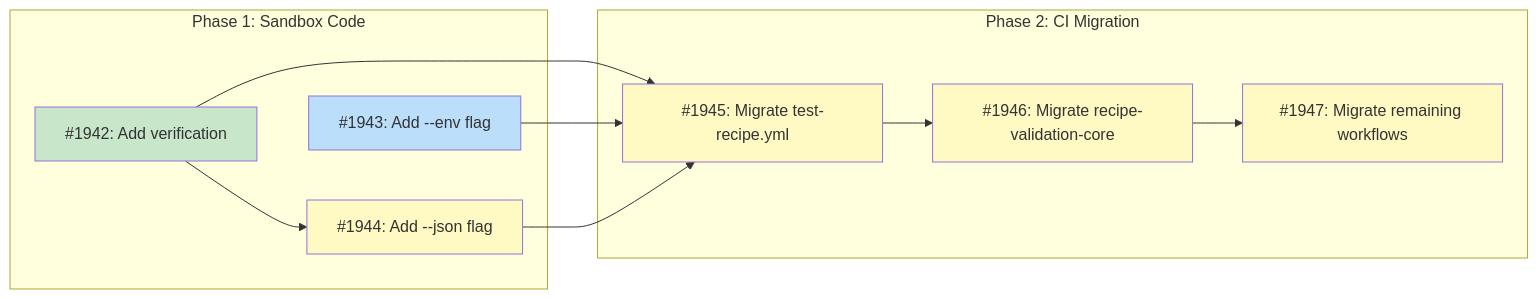
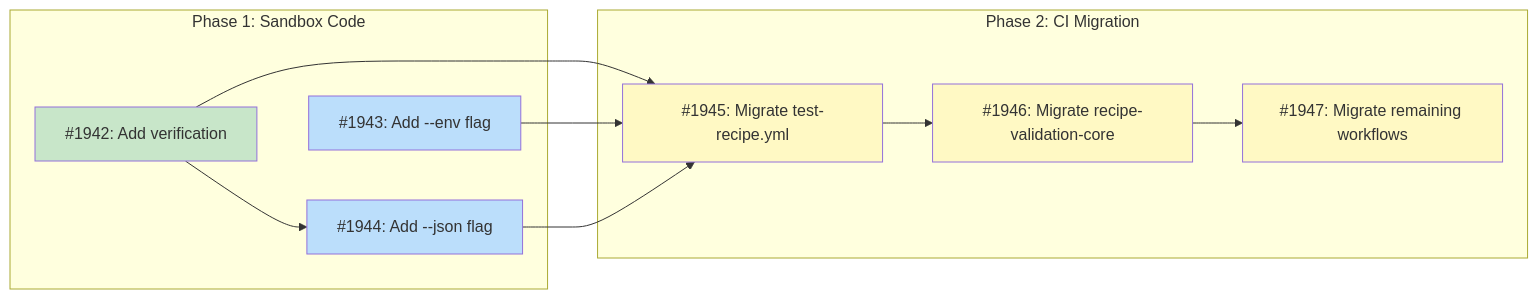
One commit to tsukumogami/tsuku changed the diagram in docs/designs/DESIGN-sandbox-ci-integration.md. Above: the diagram before and after it, drawn with Mermaid. The commit also changed other lines of this file and 6 other files, not shown here.

````diff
--- a/docs/designs/DESIGN-sandbox-ci-integration.md
+++ b/docs/designs/DESIGN-sandbox-ci-integration.md
@@ -59,31 +59,32 @@
 ```mermaid
 graph LR
     subgraph Phase1["Phase 1: Sandbox Code"]
         I1942["#1942: Add verification"]
         I1943["#1943: Add --env flag"]
         I1944["#1944: Add --json flag"]
     end
 
     subgraph Phase2["Phase 2: CI Migration"]
         I1945["#1945: Migrate test-recipe.yml"]
         I1946["#1946: Migrate recipe-validation-core"]
         I1947["#1947: Migrate remaining workflows"]
     end
 
     I1942 --> I1944
     I1942 --> I1945
     I1943 --> I1945
     I1944 --> I1945
     I1945 --> I1946
     I1946 --> I1947
 
     classDef done fill:#c8e6c9
     classDef ready fill:#bbdefb
     classDef blocked fill:#fff9c4
     classDef needsDesign fill:#e1bee7
     classDef tracksDesign fill:#FFE0B2,stroke:#F57C00,color:#000
 
     class I1942 done
     class I1943 ready
-    class I1944,I1945,I1946,I1947 blocked
+    class I1944 ready
+    class I1945,I1946,I1947 blocked
 ```
````
